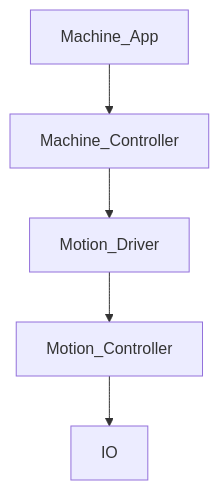
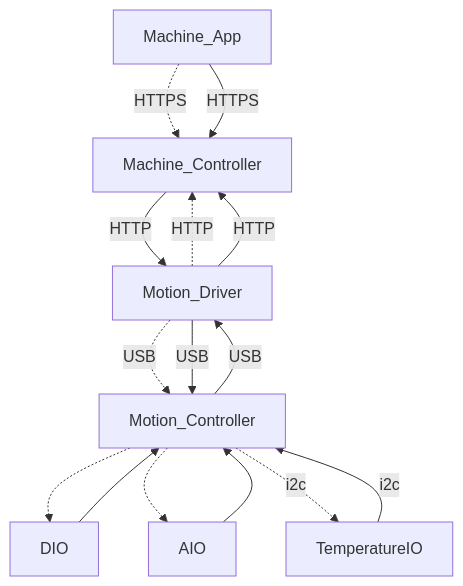
The diagram in README.md (mnemonia/compactor_machine_controller), drawn with Mermaid before and after one commit.

Commit message:
Added system overview with protocols

````diff
--- a/README.md
+++ b/README.md
@@ -4,7 +4,18 @@
 ```mermaid
 graph TD;
-    Machine_App-->Machine_Controller;
-    Machine_Controller-->Motion_Driver;
-    Motion_Driver-->Motion_Controller;
-    Motion_Controller-->IO;
+    Machine_App-.->|HTTPS|Machine_Controller;
+    Machine_App-->|HTTPS|Machine_Controller;
+    Machine_Controller-->|HTTP|Motion_Driver;
+    Motion_Driver-.->|HTTP|Machine_Controller;
+    Motion_Driver-.->|USB|Motion_Controller;
+    Motion_Driver-->|USB|Motion_Controller;
+    Motion_Driver-->|HTTP|Machine_Controller;
+    Motion_Controller-->|USB|Motion_Driver;
+    Motion_Controller-.->DIO;
+    DIO-->Motion_Controller;
+    Motion_Controller-.->AIO;
+    AIO-->Motion_Controller;
+    Motion_Controller-.->|i2c|TemperatureIO;
+    TemperatureIO-->|i2c|Motion_Controller;
+
 ```
````
